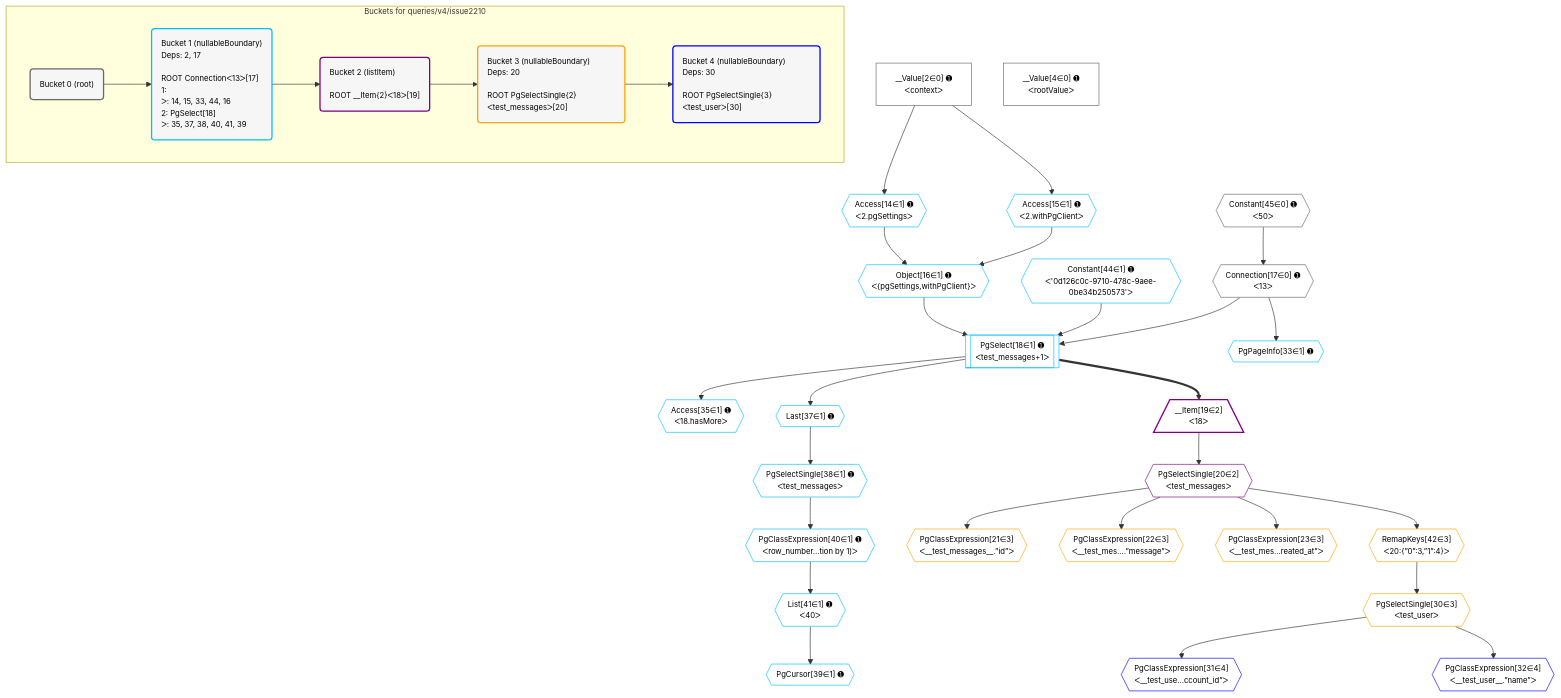
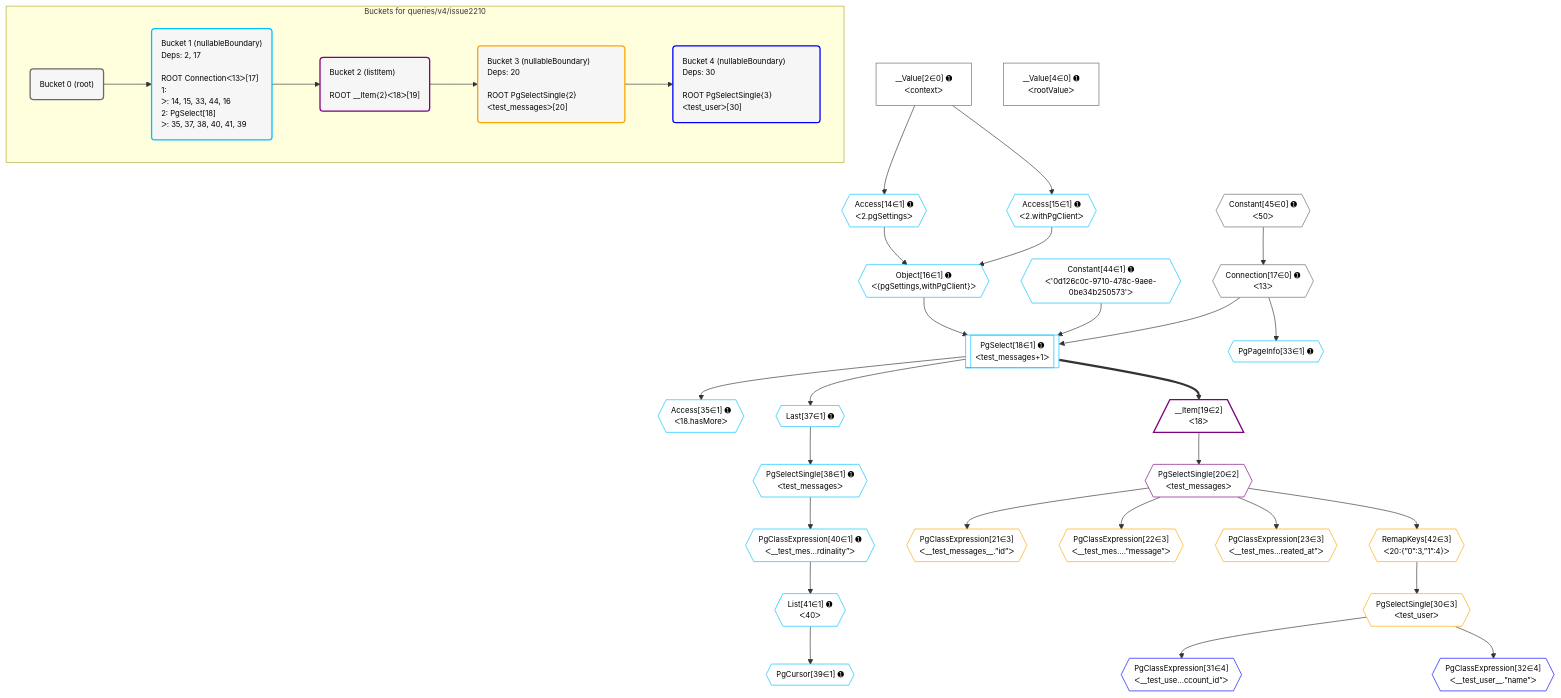
Before and after one commit to graphile/crystal: the diagram in postgraphile/postgraphile/__tests__/queries/v4/issue2210.mermaid, drawn with Mermaid. The commit also changed 1 other file, not shown here.

```diff
--- a/postgraphile/postgraphile/__tests__/queries/v4/issue2210.mermaid
+++ b/postgraphile/postgraphile/__tests__/queries/v4/issue2210.mermaid
@@ -1,81 +1,81 @@
 %%{init: {'themeVariables': { 'fontSize': '12px'}}}%%
 graph TD
     classDef path fill:#eee,stroke:#000,color:#000
     classDef plan fill:#fff,stroke-width:1px,color:#000
     classDef itemplan fill:#fff,stroke-width:2px,color:#000
     classDef unbatchedplan fill:#dff,stroke-width:1px,color:#000
     classDef sideeffectplan fill:#fcc,stroke-width:2px,color:#000
     classDef bucket fill:#f6f6f6,color:#000,stroke-width:2px,text-align:left
 
 
     %% plan dependencies
     Connection17{{"Connection[17∈0] ➊<br />ᐸ13ᐳ"}}:::plan
     Constant45{{"Constant[45∈0] ➊<br />ᐸ50ᐳ"}}:::plan
     Constant45 --> Connection17
     __Value2["__Value[2∈0] ➊<br />ᐸcontextᐳ"]:::plan
     __Value4["__Value[4∈0] ➊<br />ᐸrootValueᐳ"]:::plan
     PgSelect18[["PgSelect[18∈1] ➊<br />ᐸtest_messages+1ᐳ"]]:::plan
     Object16{{"Object[16∈1] ➊<br />ᐸ{pgSettings,withPgClient}ᐳ"}}:::plan
     Constant44{{"Constant[44∈1] ➊<br />ᐸ'0d126c0c-9710-478c-9aee-0be34b250573'ᐳ"}}:::plan
     Object16 & Constant44 & Connection17 --> PgSelect18
     Access14{{"Access[14∈1] ➊<br />ᐸ2.pgSettingsᐳ"}}:::plan
     Access15{{"Access[15∈1] ➊<br />ᐸ2.withPgClientᐳ"}}:::plan
     Access14 & Access15 --> Object16
     __Value2 --> Access14
     __Value2 --> Access15
     PgPageInfo33{{"PgPageInfo[33∈1] ➊"}}:::plan
     Connection17 --> PgPageInfo33
     Access35{{"Access[35∈1] ➊<br />ᐸ18.hasMoreᐳ"}}:::plan
     PgSelect18 --> Access35
     Last37{{"Last[37∈1] ➊"}}:::plan
     PgSelect18 --> Last37
     PgSelectSingle38{{"PgSelectSingle[38∈1] ➊<br />ᐸtest_messagesᐳ"}}:::plan
     Last37 --> PgSelectSingle38
     PgCursor39{{"PgCursor[39∈1] ➊"}}:::plan
     List41{{"List[41∈1] ➊<br />ᐸ40ᐳ"}}:::plan
     List41 --> PgCursor39
-    PgClassExpression40{{"PgClassExpression[40∈1] ➊<br />ᐸrow_number...tion by 1)ᐳ"}}:::plan
+    PgClassExpression40{{"PgClassExpression[40∈1] ➊<br />ᐸ__test_mes...rdinality”ᐳ"}}:::plan
     PgSelectSingle38 --> PgClassExpression40
     PgClassExpression40 --> List41
     __Item19[/"__Item[19∈2]<br />ᐸ18ᐳ"\]:::itemplan
     PgSelect18 ==> __Item19
     PgSelectSingle20{{"PgSelectSingle[20∈2]<br />ᐸtest_messagesᐳ"}}:::plan
     __Item19 --> PgSelectSingle20
     PgClassExpression21{{"PgClassExpression[21∈3]<br />ᐸ__test_messages__.”id”ᐳ"}}:::plan
     PgSelectSingle20 --> PgClassExpression21
     PgClassExpression22{{"PgClassExpression[22∈3]<br />ᐸ__test_mes....”message”ᐳ"}}:::plan
     PgSelectSingle20 --> PgClassExpression22
     PgClassExpression23{{"PgClassExpression[23∈3]<br />ᐸ__test_mes...reated_at”ᐳ"}}:::plan
     PgSelectSingle20 --> PgClassExpression23
     PgSelectSingle30{{"PgSelectSingle[30∈3]<br />ᐸtest_userᐳ"}}:::plan
     RemapKeys42{{"RemapKeys[42∈3]<br />ᐸ20:{”0”:3,”1”:4}ᐳ"}}:::plan
     RemapKeys42 --> PgSelectSingle30
     PgSelectSingle20 --> RemapKeys42
     PgClassExpression31{{"PgClassExpression[31∈4]<br />ᐸ__test_use...ccount_id”ᐳ"}}:::plan
     PgSelectSingle30 --> PgClassExpression31
     PgClassExpression32{{"PgClassExpression[32∈4]<br />ᐸ__test_user__.”name”ᐳ"}}:::plan
     PgSelectSingle30 --> PgClassExpression32
 
     %% define steps
 
     subgraph "Buckets for queries/v4/issue2210"
     Bucket0("Bucket 0 (root)"):::bucket
     classDef bucket0 stroke:#696969
     class Bucket0,__Value2,__Value4,Connection17,Constant45 bucket0
     Bucket1("Bucket 1 (nullableBoundary)<br />Deps: 2, 17<br /><br />ROOT Connectionᐸ13ᐳ[17]<br />1: <br />ᐳ: 14, 15, 33, 44, 16<br />2: PgSelect[18]<br />ᐳ: 35, 37, 38, 40, 41, 39"):::bucket
     classDef bucket1 stroke:#00bfff
     class Bucket1,Access14,Access15,Object16,PgSelect18,PgPageInfo33,Access35,Last37,PgSelectSingle38,PgCursor39,PgClassExpression40,List41,Constant44 bucket1
     Bucket2("Bucket 2 (listItem)<br /><br />ROOT __Item{2}ᐸ18ᐳ[19]"):::bucket
     classDef bucket2 stroke:#7f007f
     class Bucket2,__Item19,PgSelectSingle20 bucket2
     Bucket3("Bucket 3 (nullableBoundary)<br />Deps: 20<br /><br />ROOT PgSelectSingle{2}ᐸtest_messagesᐳ[20]"):::bucket
     classDef bucket3 stroke:#ffa500
     class Bucket3,PgClassExpression21,PgClassExpression22,PgClassExpression23,PgSelectSingle30,RemapKeys42 bucket3
     Bucket4("Bucket 4 (nullableBoundary)<br />Deps: 30<br /><br />ROOT PgSelectSingle{3}ᐸtest_userᐳ[30]"):::bucket
     classDef bucket4 stroke:#0000ff
     class Bucket4,PgClassExpression31,PgClassExpression32 bucket4
     Bucket0 --> Bucket1
     Bucket1 --> Bucket2
     Bucket2 --> Bucket3
     Bucket3 --> Bucket4
     end
```
